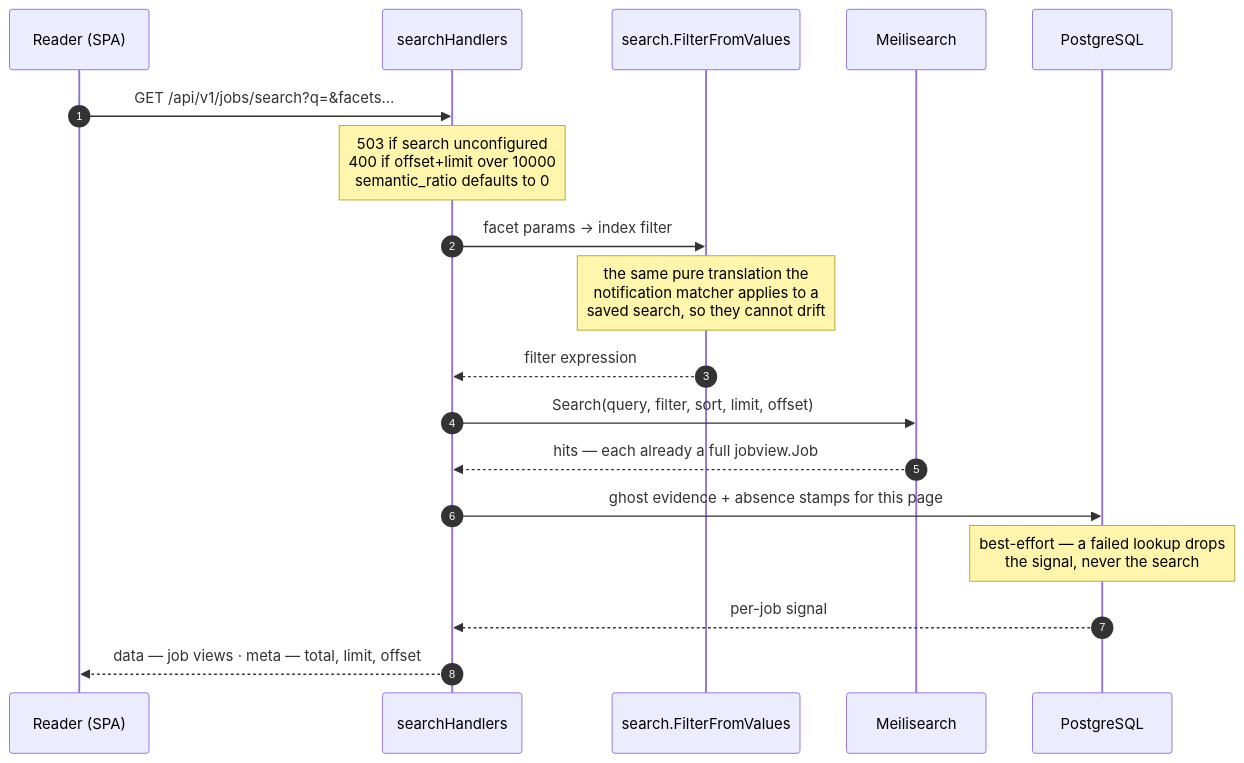
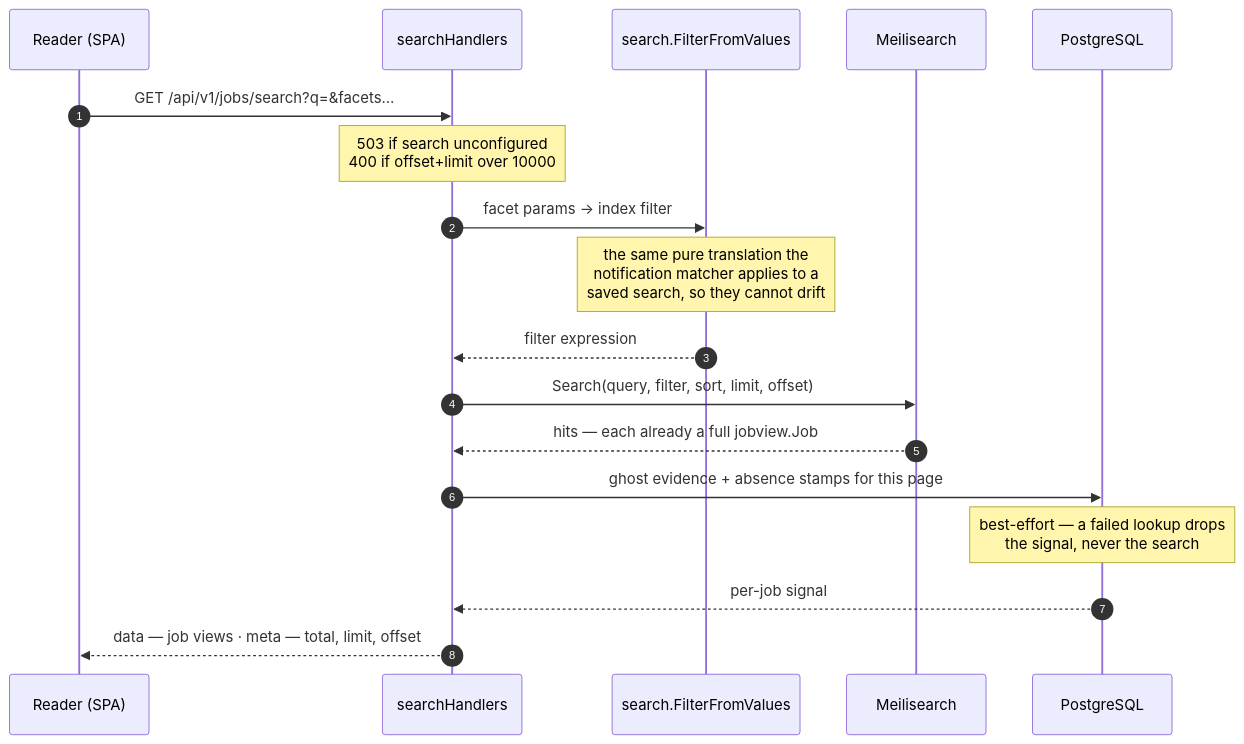
The fourth of 6 diagrams in docs/architecture.md (Klavaro66/freehire), drawn with Mermaid before and after one commit. The commit also changed other lines of this file and 91 other files, not shown here.

First line of the commit message:
Replace Meilisearch semantic search with pgvector; drop /recommendations (#1905)

````diff
--- a/docs/architecture.md
+++ b/docs/architecture.md
@@ -222,21 +220,21 @@
 ```mermaid
 sequenceDiagram
     autonumber
     participant U as Reader (SPA)
     participant H as searchHandlers
     participant F as search.FilterFromValues
     participant M as Meilisearch
     participant PG as PostgreSQL
 
     U->>H: GET /api/v1/jobs/search?q=&facets…
-    Note over H: 503 if search unconfigured<br/>400 if offset+limit over 10000<br/>semantic_ratio defaults to 0
+    Note over H: 503 if search unconfigured<br/>400 if offset+limit over 10000
     H->>F: facet params → index filter
     Note over F: the same pure translation the<br/>notification matcher applies to a<br/>saved search, so they cannot drift
     F-->>H: filter expression
     H->>M: Search(query, filter, sort, limit, offset)
     M-->>H: hits — each already a full jobview.Job
     H->>PG: ghost evidence + absence stamps for this page
     Note over PG: best-effort — a failed lookup drops<br/>the signal, never the search
     PG-->>H: per-job signal
     H-->>U: data — job views · meta — total, limit, offset
 ```
````
